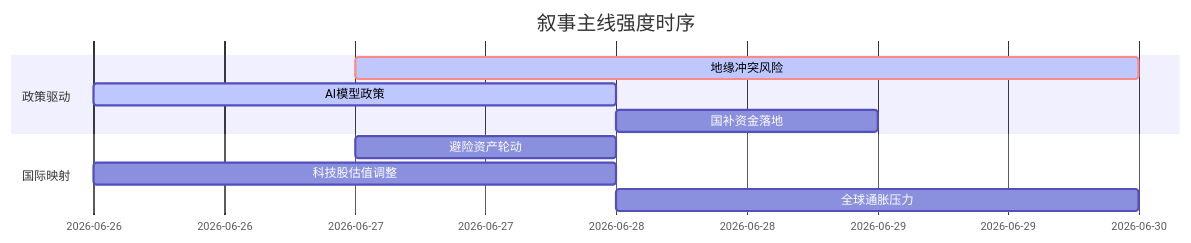
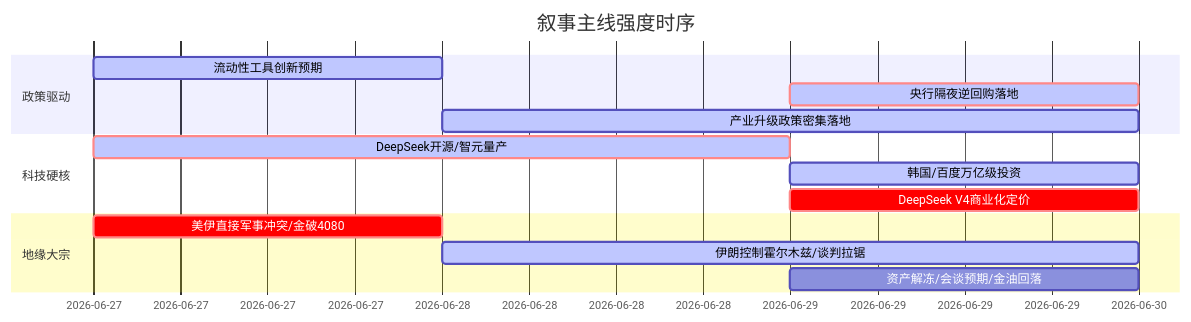
Before and after one commit to uu5zn/uu5zn.github.io: the diagram in 5day_report.md, drawn with Mermaid. The commit also changed other lines of this file and 20 other files, not shown here.

````diff
--- a/5day_report.md
+++ b/5day_report.md
@@ -60,14 +56,19 @@
 ```mermaid
 gantt
     title 叙事主线强度时序
     dateFormat  YYYY-MM-DD
     section 政策驱动
-    地缘冲突风险   :crit, active, 2026-06-27, 3d
-    AI模型政策   :active, 2026-06-26, 2d
-    国补资金落地   :2026-06-28, 1d
+    流动性工具创新预期   :active, 2026-06-27, 1d
+    央行隔夜逆回购落地   :crit, active, 2026-06-29, 1d
+    产业升级政策密集落地 :active, 2026-06-28, 2d
     
-    section 国际映射
-    避险资产轮动   :2026-06-27, 1d
-    科技股估值调整   :2026-06-26, 2d
-    全球通胀压力   :2026-06-28, 2d
+    section 科技硬核
+    DeepSeek开源/智元量产 :crit, active, 2026-06-27, 2d
+    韩国/百度万亿级投资   :active, 2026-06-29, 1d
+    DeepSeek V4商业化定价 :crit, 2026-06-29, 1d
+    
+    section 地缘大宗
+    美伊直接军事冲突/金破4080 :crit, 2026-06-27, 1d
+    伊朗控制霍尔木兹/谈判拉锯 :active, 2026-06-28, 2d
+    资产解冻/会谈预期/金油回落 :2026-06-29, 1d
 ```
````
